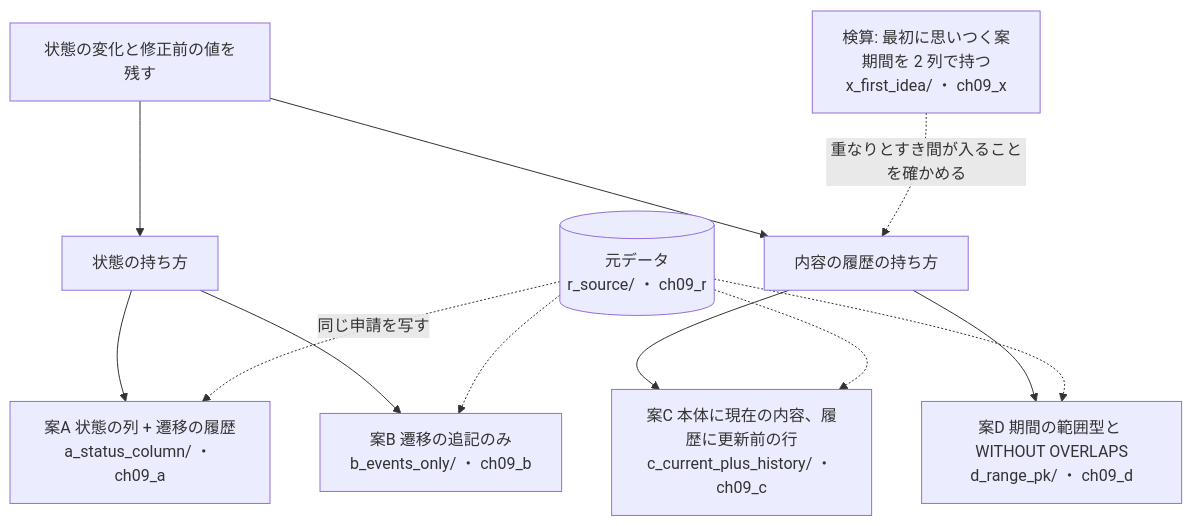
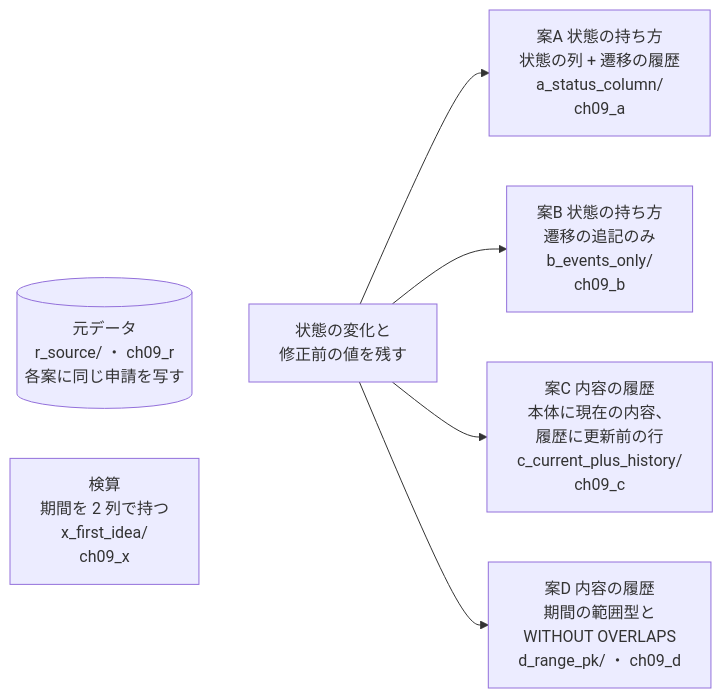
The first of 7 diagrams in ch09_request_and_approval/README.md (driftnode986/postgresql-db-design-samples), drawn with Mermaid before and after one commit. The commit also changed other lines of this file and 15 other files, not shown here.

First line of the commit message:
docs: 設計案の構成図を縦並びにし、幅の広い ER 図を分けて、GitHub で縮まない大きさにする

````diff
--- a/ch09_request_and_approval/README.md
+++ b/ch09_request_and_approval/README.md
@@ -16,16 +16,11 @@
 ```mermaid
-flowchart TD
-  Q["状態の変化と修正前の値を残す"]
-  R[("元データ<br/>r_source/ ・ ch09_r")]
-  Q --> S["状態の持ち方"]
-  Q --> H["内容の履歴の持ち方"]
-  S --> A["案A 状態の列 + 遷移の履歴<br/>a_status_column/ ・ ch09_a"]
-  S --> B["案B 遷移の追記のみ<br/>b_events_only/ ・ ch09_b"]
-  H --> C["案C 本体に現在の内容、履歴に更新前の行<br/>c_current_plus_history/ ・ ch09_c"]
-  H --> D["案D 期間の範囲型と WITHOUT OVERLAPS<br/>d_range_pk/ ・ ch09_d"]
-  X["検算: 最初に思いつく案<br/>期間を 2 列で持つ<br/>x_first_idea/ ・ ch09_x"] -.->|重なりとすき間が入ることを確かめる| H
-  R -.->|同じ申請を写す| A
-  R -.-> B
-  R -.-> C
-  R -.-> D
+flowchart LR
+  Q["状態の変化と<br/>修正前の値を残す"]
+  R[("元データ<br/>r_source/ ・ ch09_r<br/>各案に同じ申請を写す")]
+  Q --> A["案A 状態の持ち方<br/>状態の列 + 遷移の履歴<br/>a_status_column/<br/>ch09_a"]
+  Q --> B["案B 状態の持ち方<br/>遷移の追記のみ<br/>b_events_only/<br/>ch09_b"]
+  Q --> C["案C 内容の履歴<br/>本体に現在の内容、<br/>履歴に更新前の行<br/>c_current_plus_history/<br/>ch09_c"]
+  Q --> D["案D 内容の履歴<br/>期間の範囲型と<br/>WITHOUT OVERLAPS<br/>d_range_pk/ ・ ch09_d"]
+  X["検算<br/>期間を 2 列で持つ<br/>x_first_idea/<br/>ch09_x"]
+  R ~~~ Q
 ```
````
